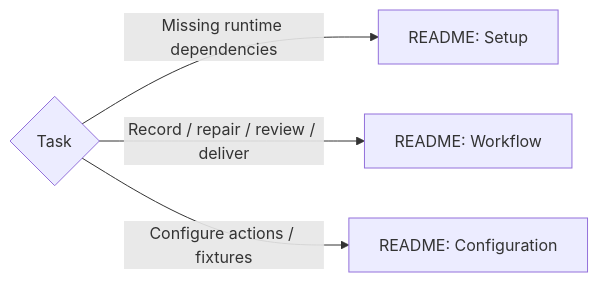
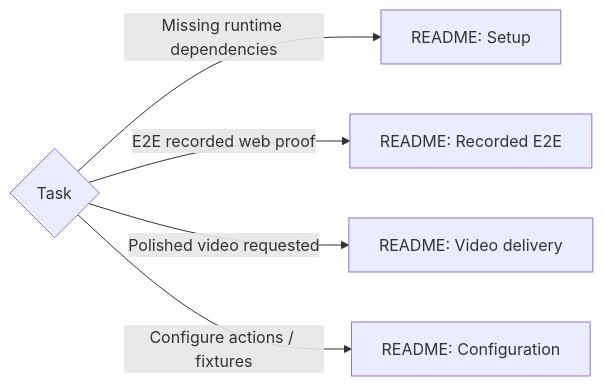
The diagram in .agents/skills/product-walkthrough-video/SKILL.md (sgaabdu4/hard-eng), drawn with Mermaid before and after one commit. The commit also changed other lines of this file and 39 other files, not shown here.

````diff
--- a/.agents/skills/product-walkthrough-video/SKILL.md
+++ b/.agents/skills/product-walkthrough-video/SKILL.md
@@ -13,9 +13,11 @@
 ```mermaid
 flowchart LR
   T{Task} -->|Missing runtime dependencies| S[README: Setup]
-  T -->|Record / repair / review / deliver| W[README: Workflow]
+  T -->|E2E recorded web proof| E[README: Recorded E2E]
+  T -->|Polished video requested| V[README: Video delivery]
   T -->|Configure actions / fixtures| C[README: Configuration]
   click S "README.md#setup"
-  click W "README.md#workflow"
+  click E "README.md#recorded-e2e"
+  click V "README.md#video-delivery"
   click C "README.md#important-configuration"
 ```
````
